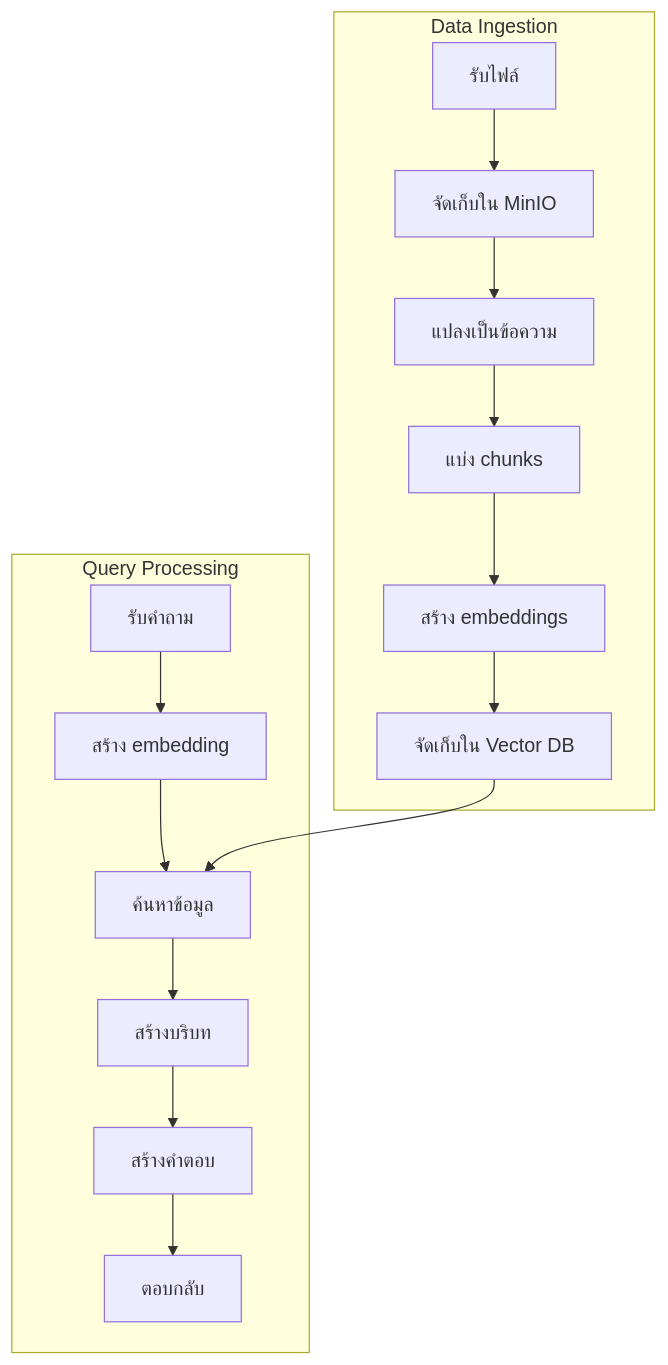
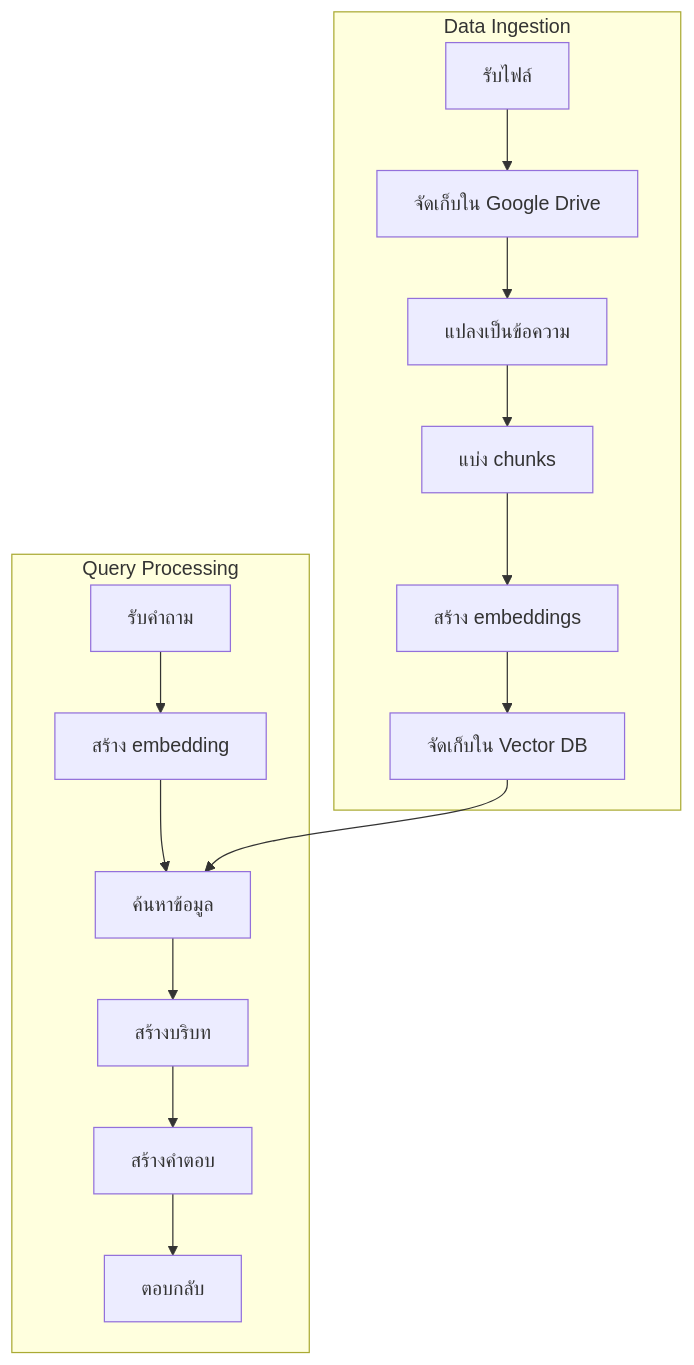
Before and after one commit to racksync/workshop-ai: the diagram in docs/04-rag.md, drawn with Mermaid. The commit also changed other lines of this file and 2 other files, not shown here.

Commit message:
Update RAG documentation to replace ChromaDB and MinIO with Qdrant and Google Drive; refine use cases and hands-on sections.

````diff
--- a/docs/04-rag.md
+++ b/docs/04-rag.md
@@ -164,19 +146,19 @@
 ```mermaid
 flowchart TD
     subgraph "Data Ingestion"
-        A[รับไฟล์] --> B[จัดเก็บใน MinIO]
+        A[รับไฟล์] --> B[จัดเก็บใน Google Drive]
         B --> C[แปลงเป็นข้อความ]
         C --> D[แบ่ง chunks]
         D --> E[สร้าง embeddings]
         E --> F[จัดเก็บใน Vector DB]
     end
     
     subgraph "Query Processing"
         Q[รับคำถาม] --> R[สร้าง embedding]
         R --> S[ค้นหาข้อมูล]
         F --> S
         S --> T[สร้างบริบท]
         T --> U[สร้างคำตอบ]
         U --> V[ตอบกลับ]
     end
 ```
````
